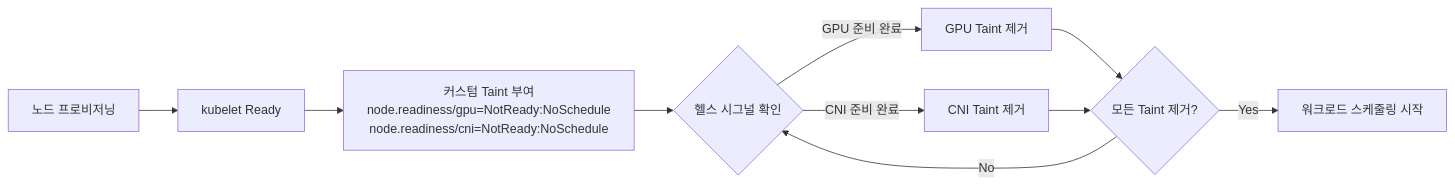
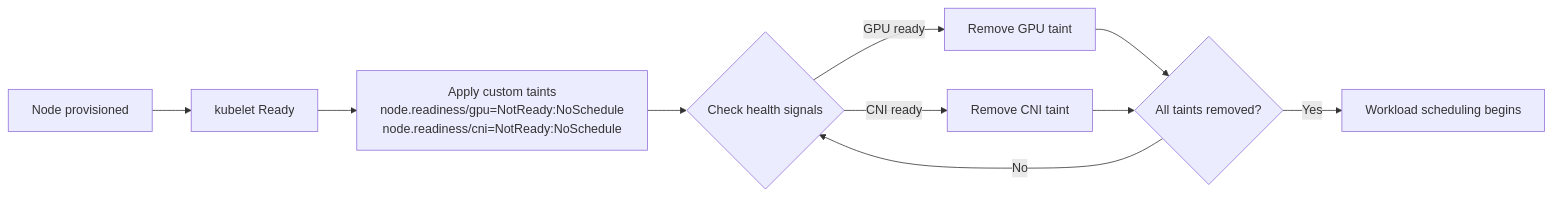
Before and after one commit to devfloor9/engineering-playbook: the second of 2 diagrams in docs/eks-best-practices/operations-reliability/eks-debugging/node.md, drawn with Mermaid. The commit also changed other lines of this file and 954 other files, not shown here.

````diff
--- a/docs/eks-best-practices/operations-reliability/eks-debugging/node.md
+++ b/docs/eks-best-practices/operations-reliability/eks-debugging/node.md
@@ -266,12 +266,12 @@
 ```mermaid
 flowchart LR
-    A[노드 프로비저닝] --> B[kubelet Ready]
-    B --> C[커스텀 Taint 부여<br/>node.readiness/gpu=NotReady:NoSchedule<br/>node.readiness/cni=NotReady:NoSchedule]
-    C --> D{헬스 시그널 확인}
-    D -->|GPU 준비 완료| E[GPU Taint 제거]
-    D -->|CNI 준비 완료| F[CNI Taint 제거]
-    E --> G{모든 Taint 제거?}
+    A[Node provisioned] --> B[kubelet Ready]
+    B --> C[Apply custom taints<br/>node.readiness/gpu=NotReady:NoSchedule<br/>node.readiness/cni=NotReady:NoSchedule]
+    C --> D{Check health signals}
+    D -->|GPU ready| E[Remove GPU taint]
+    D -->|CNI ready| F[Remove CNI taint]
+    E --> G{All taints removed?}
     F --> G
-    G -->|Yes| H[워크로드 스케줄링 시작]
+    G -->|Yes| H[Workload scheduling begins]
     G -->|No| D
 ```
````
